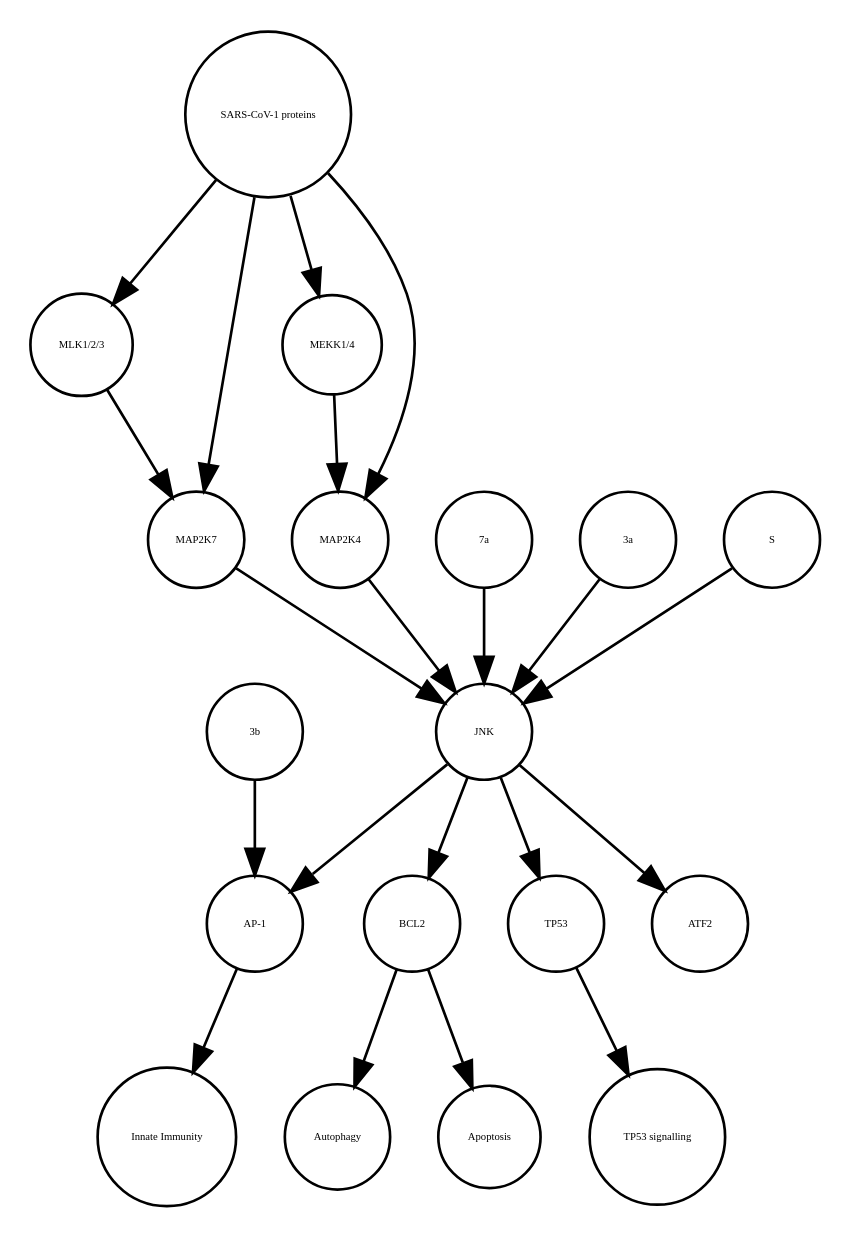
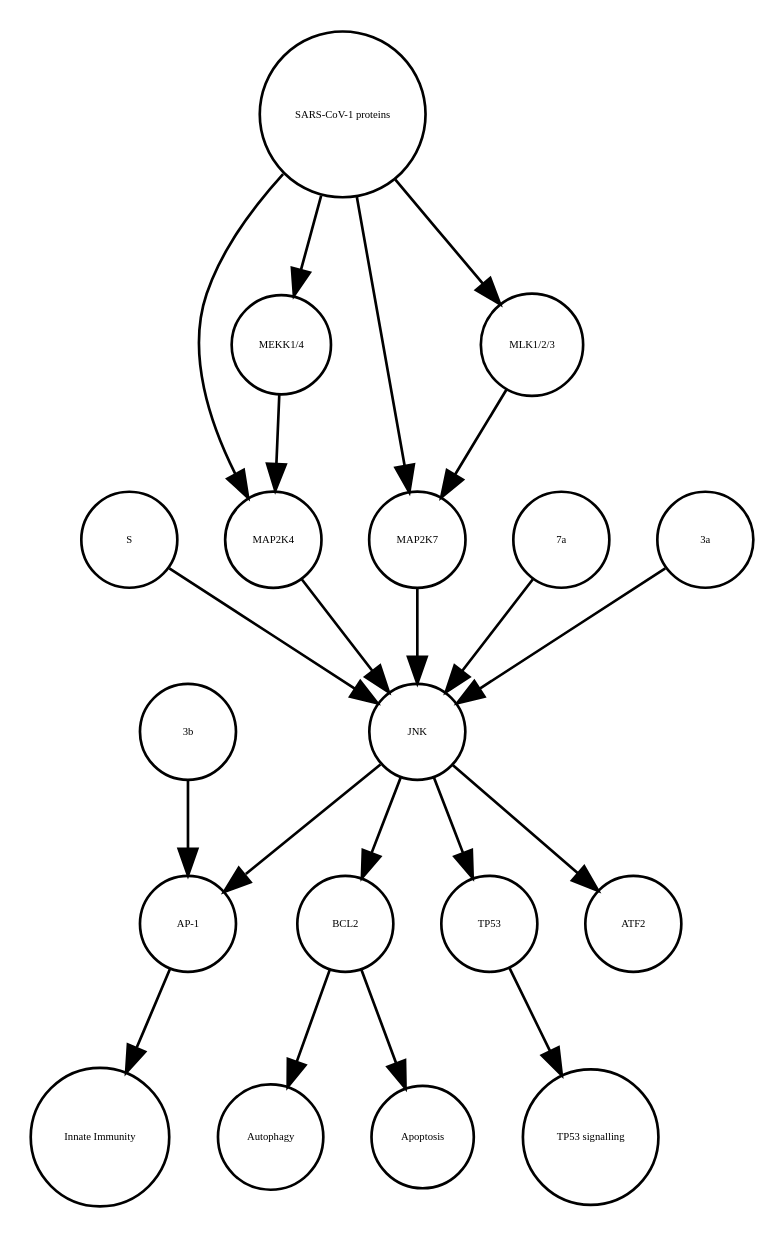
One commit to cannin/covid19-sbgn changed the diagram in JNK_pathway_stable.xml_projected.dot. Above: the diagram before and after it, drawn with Graphviz. The commit also changed other lines of this file and 637 other files, not shown here.

```diff
--- a/JNK_pathway_stable.xml_projected.dot
+++ b/JNK_pathway_stable.xml_projected.dot
@@ -1,40 +1,40 @@
 strict digraph  {
 BCL2 [annotation=urn_miriam_ncbigene_596, bipartite=0, cls=macromolecule, fontsize=4, label=BCL2, shape=circle];
 Autophagy [annotation="urn_miriam_obo.go_GO%3A0006914", bipartite=0, cls=phenotype, fontsize=4, label=Autophagy, shape=circle];
 "AP-1" [annotation="", bipartite=0, cls=complex, fontsize=4, label="AP-1", shape=circle];
 "Innate Immunity" [annotation="urn_miriam_obo.go_GO%3A0045087", bipartite=0, cls=phenotype, fontsize=4, label="Innate Immunity", shape=circle];
 TP53 [annotation=urn_miriam_ncbigene_7157, bipartite=0, cls=macromolecule, fontsize=4, label=TP53, shape=circle];
 "TP53 signalling" [annotation="urn_miriam_obo.go_GO%3A0072331", bipartite=0, cls=phenotype, fontsize=4, label="TP53 signalling", shape=circle];
 Apoptosis [annotation="urn_miriam_obo.go_GO%3A0006915", bipartite=0, cls=phenotype, fontsize=4, label=Apoptosis, shape=circle];
-JNK [annotation="", bipartite=0, cls=complex, fontsize=4, label=JNK, shape=circle];
-"MLK1/2/3" [annotation="", bipartite=0, cls=complex, fontsize=4, label="MLK1/2/3", shape=circle];
-"3b" [annotation=urn_miriam_uniprot_P59633, bipartite=0, cls=macromolecule, fontsize=4, label="3b", shape=circle];
-MAP2K7 [annotation=urn_miriam_ncbigene_5609, bipartite=0, cls=macromolecule, fontsize=4, label=MAP2K7, shape=circle];
-"MEKK1/4" [annotation="", bipartite=0, cls=complex, fontsize=4, label="MEKK1/4", shape=circle];
-"7a" [annotation=urn_miriam_uniprot_P59635, bipartite=0, cls=macromolecule, fontsize=4, label="7a", shape=circle];
-"SARS-CoV-1 proteins" [annotation="", bipartite=0, cls=complex, fontsize=4, label="SARS-CoV-1 proteins", shape=circle];
-"3a" [annotation=urn_miriam_uniprot_P59632, bipartite=0, cls=macromolecule, fontsize=4, label="3a", shape=circle];
 S [annotation=urn_miriam_uniprot_P59594, bipartite=0, cls=macromolecule, fontsize=4, label=S, shape=circle];
 ATF2 [annotation=urn_miriam_ncbigene_1386, bipartite=0, cls=macromolecule, fontsize=4, label=ATF2, shape=circle];
 MAP2K4 [annotation=urn_miriam_ncbigene_6416, bipartite=0, cls=macromolecule, fontsize=4, label=MAP2K4, shape=circle];
+"MEKK1/4" [annotation="", bipartite=0, cls=complex, fontsize=4, label="MEKK1/4", shape=circle];
+MAP2K7 [annotation=urn_miriam_ncbigene_5609, bipartite=0, cls=macromolecule, fontsize=4, label=MAP2K7, shape=circle];
+"MLK1/2/3" [annotation="", bipartite=0, cls=complex, fontsize=4, label="MLK1/2/3", shape=circle];
+"SARS-CoV-1 proteins" [annotation="", bipartite=0, cls=complex, fontsize=4, label="SARS-CoV-1 proteins", shape=circle];
+JNK [annotation="", bipartite=0, cls=complex, fontsize=4, label=JNK, shape=circle];
+"7a" [annotation=urn_miriam_uniprot_P59635, bipartite=0, cls=macromolecule, fontsize=4, label="7a", shape=circle];
+"3a" [annotation=urn_miriam_uniprot_P59632, bipartite=0, cls=macromolecule, fontsize=4, label="3a", shape=circle];
+"3b" [annotation=urn_miriam_uniprot_P59633, bipartite=0, cls=macromolecule, fontsize=4, label="3b", shape=circle];
 BCL2 -> Autophagy  [annotation="", interaction_type="necessary stimulation"];
 BCL2 -> Apoptosis  [annotation="", interaction_type=inhibition];
 "AP-1" -> "Innate Immunity"  [annotation="", interaction_type="necessary stimulation"];
 TP53 -> "TP53 signalling"  [annotation="", interaction_type="necessary stimulation"];
+S -> JNK  [annotation="urn_miriam_pubmed_17267381|urn_miriam_taxonomy_694009|urn_miriam_taxonomy_392815", interaction_type=stimulation];
+MAP2K4 -> JNK  [annotation="urn_miriam_pubmed_17141229|urn_miriam_taxonomy_694009|urn_miriam_taxonomy_392815", interaction_type=stimulation];
+"MEKK1/4" -> MAP2K4  [annotation="urn_miriam_pubmed_31226023|urn_miriam_taxonomy_694009|urn_miriam_taxonomy_392815", interaction_type=stimulation];
+MAP2K7 -> JNK  [annotation="urn_miriam_pubmed_17141229|urn_miriam_taxonomy_694009|urn_miriam_taxonomy_392815", interaction_type=stimulation];
+"MLK1/2/3" -> MAP2K7  [annotation="urn_miriam_pubmed_31226023|urn_miriam_taxonomy_694009|urn_miriam_taxonomy_392815", interaction_type=stimulation];
+"SARS-CoV-1 proteins" -> MAP2K4  [annotation="urn_miriam_pubmed_31226023|urn_miriam_taxonomy_694009|urn_miriam_taxonomy_392815", interaction_type=stimulation];
+"SARS-CoV-1 proteins" -> "MLK1/2/3"  [annotation="urn_miriam_taxonomy_694009|urn_miriam_pubmed_31226023|urn_miriam_taxonomy_392815", interaction_type=stimulation];
+"SARS-CoV-1 proteins" -> MAP2K7  [annotation="urn_miriam_pubmed_31226023|urn_miriam_taxonomy_694009|urn_miriam_taxonomy_392815", interaction_type=stimulation];
+"SARS-CoV-1 proteins" -> "MEKK1/4"  [annotation="urn_miriam_pubmed_31226023|urn_miriam_taxonomy_694009|urn_miriam_taxonomy_392815", interaction_type=stimulation];
+JNK -> ATF2  [annotation=urn_miriam_pubmed_7824938, interaction_type=stimulation];
 JNK -> BCL2  [annotation=urn_miriam_pubmed_10567572, interaction_type=stimulation];
 JNK -> "AP-1"  [annotation="urn_miriam_pubmed_21561061|urn_miriam_taxonomy_694009", interaction_type=stimulation];
 JNK -> TP53  [annotation=urn_miriam_pubmed_9724739, interaction_type=stimulation];
-JNK -> ATF2  [annotation=urn_miriam_pubmed_7824938, interaction_type=stimulation];
-"MLK1/2/3" -> MAP2K7  [annotation="urn_miriam_pubmed_31226023|urn_miriam_taxonomy_694009|urn_miriam_taxonomy_392815", interaction_type=stimulation];
+"7a" -> JNK  [annotation="urn_miriam_pubmed_17141229|urn_miriam_taxonomy_694009|urn_miriam_taxonomy_392815", interaction_type=stimulation];
+"3a" -> JNK  [annotation="urn_miriam_pubmed_17141229|urn_miriam_taxonomy_694009|urn_miriam_taxonomy_392815", interaction_type=stimulation];
 "3b" -> "AP-1"  [annotation="urn_miriam_pubmed_21561061|urn_miriam_taxonomy_694009", interaction_type=stimulation];
-MAP2K7 -> JNK  [annotation="urn_miriam_pubmed_17141229|urn_miriam_taxonomy_694009|urn_miriam_taxonomy_392815", interaction_type=stimulation];
-"MEKK1/4" -> MAP2K4  [annotation="urn_miriam_pubmed_31226023|urn_miriam_taxonomy_694009|urn_miriam_taxonomy_392815", interaction_type=stimulation];
-"7a" -> JNK  [annotation="urn_miriam_pubmed_17141229|urn_miriam_taxonomy_694009|urn_miriam_taxonomy_392815", interaction_type=stimulation];
-"SARS-CoV-1 proteins" -> "MEKK1/4"  [annotation="urn_miriam_pubmed_31226023|urn_miriam_taxonomy_694009|urn_miriam_taxonomy_392815", interaction_type=stimulation];
-"SARS-CoV-1 proteins" -> MAP2K7  [annotation="urn_miriam_pubmed_31226023|urn_miriam_taxonomy_694009|urn_miriam_taxonomy_392815", interaction_type=stimulation];
-"SARS-CoV-1 proteins" -> "MLK1/2/3"  [annotation="urn_miriam_taxonomy_694009|urn_miriam_pubmed_31226023|urn_miriam_taxonomy_392815", interaction_type=stimulation];
-"SARS-CoV-1 proteins" -> MAP2K4  [annotation="urn_miriam_pubmed_31226023|urn_miriam_taxonomy_694009|urn_miriam_taxonomy_392815", interaction_type=stimulation];
-"3a" -> JNK  [annotation="urn_miriam_pubmed_17141229|urn_miriam_taxonomy_694009|urn_miriam_taxonomy_392815", interaction_type=stimulation];
-S -> JNK  [annotation="urn_miriam_pubmed_17267381|urn_miriam_taxonomy_694009|urn_miriam_taxonomy_392815", interaction_type=stimulation];
-MAP2K4 -> JNK  [annotation="urn_miriam_pubmed_17141229|urn_miriam_taxonomy_694009|urn_miriam_taxonomy_392815", interaction_type=stimulation];
 }
```
